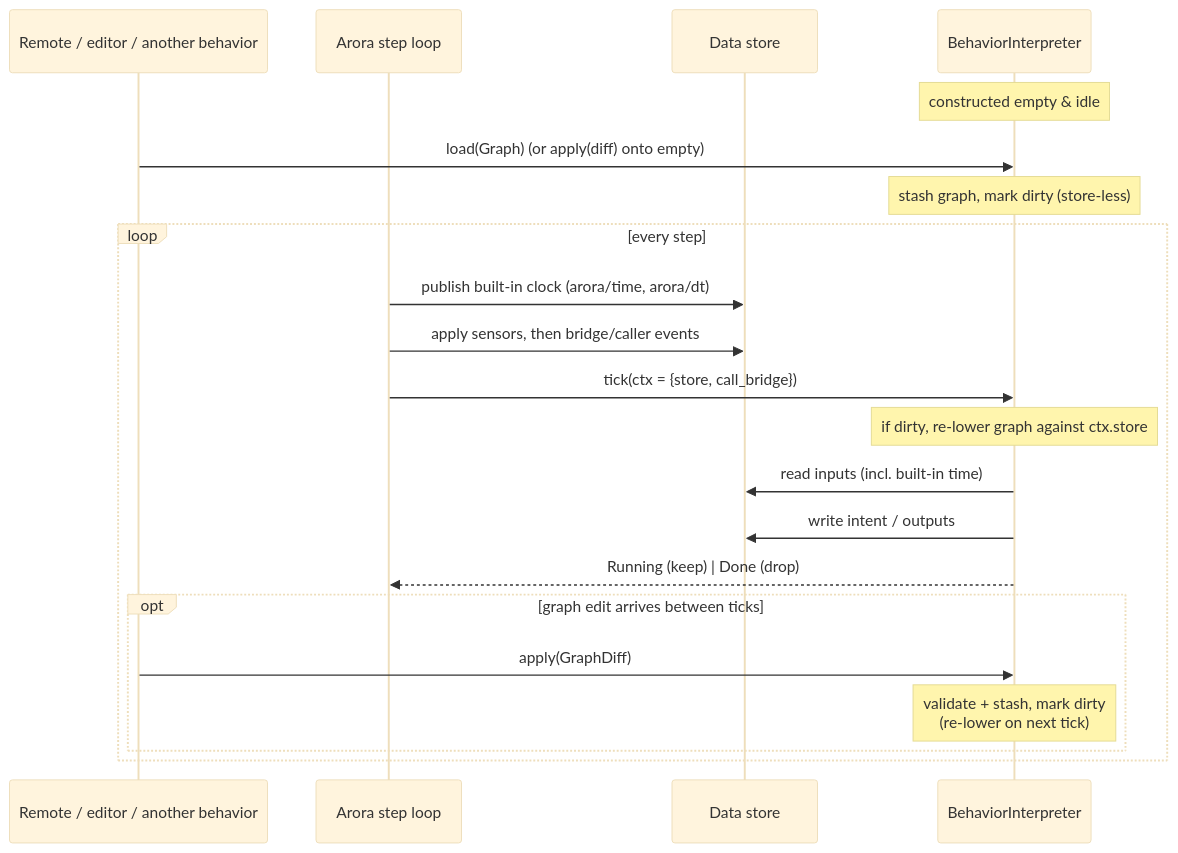
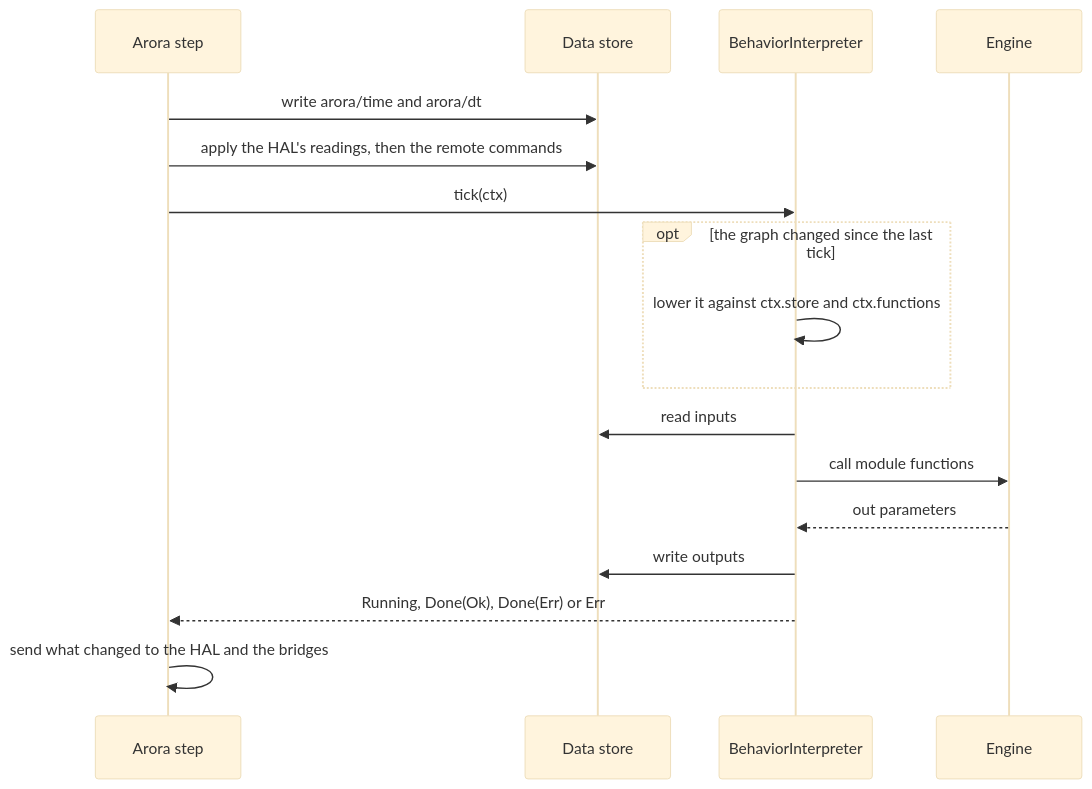
One commit to semio-ai/arora-sdk changed the second of 2 diagrams in crates/arora-behavior/docs/interpreter-workflow.md. Above: the diagram before and after it, drawn with Mermaid (base theme). The commit also changed other lines of this file and 47 other files, not shown here.

````diff
--- a/crates/arora-behavior/docs/interpreter-workflow.md
+++ b/crates/arora-behavior/docs/interpreter-workflow.md
@@ -43,25 +102,20 @@
 ```mermaid
 sequenceDiagram
-    participant Remote as Remote / editor / another behavior
-    participant Runtime as Arora step loop
+    participant Step as Arora step
     participant Store as Data store
     participant Interp as BehaviorInterpreter
+    participant Engine
 
-    Note over Interp: constructed empty & idle
-    Remote->>Interp: load(Graph)  (or apply(diff) onto empty)
-    Note over Interp: stash graph, mark dirty (store-less)
-
-    loop every step
-        Runtime->>Store: publish built-in clock (arora/time, arora/dt)
-        Runtime->>Store: apply sensors, then bridge/caller events
-        Runtime->>Interp: tick(ctx = {store, call_bridge})
-        Note over Interp: if dirty, re-lower graph against ctx.store
-        Interp->>Store: read inputs (incl. built-in time)
-        Interp->>Store: write intent / outputs
-        Interp-->>Runtime: Running (keep) | Done (drop)
-        opt graph edit arrives between ticks
-            Remote->>Interp: apply(GraphDiff)
-            Note over Interp: validate + stash, mark dirty<br/>(re-lower on next tick)
-        end
+    Step->>Store: write arora/time and arora/dt
+    Step->>Store: apply the HAL's readings, then the remote commands
+    Step->>Interp: tick(ctx)
+    opt the graph changed since the last tick
+        Interp->>Interp: lower it against ctx.store and ctx.functions
     end
+    Interp->>Store: read inputs
+    Interp->>Engine: call module functions
+    Engine-->>Interp: out parameters
+    Interp->>Store: write outputs
+    Interp-->>Step: Running, Done(Ok), Done(Err) or Err
+    Step->>Step: send what changed to the HAL and the bridges
 ```
````
